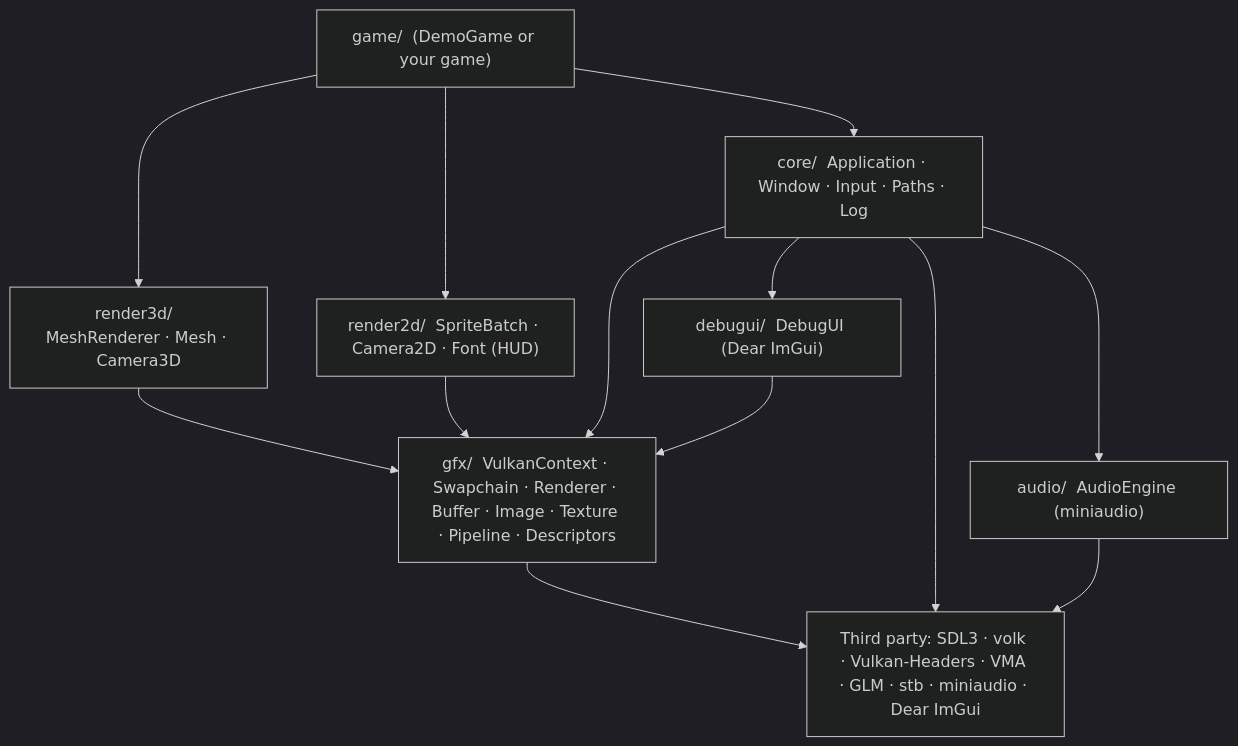
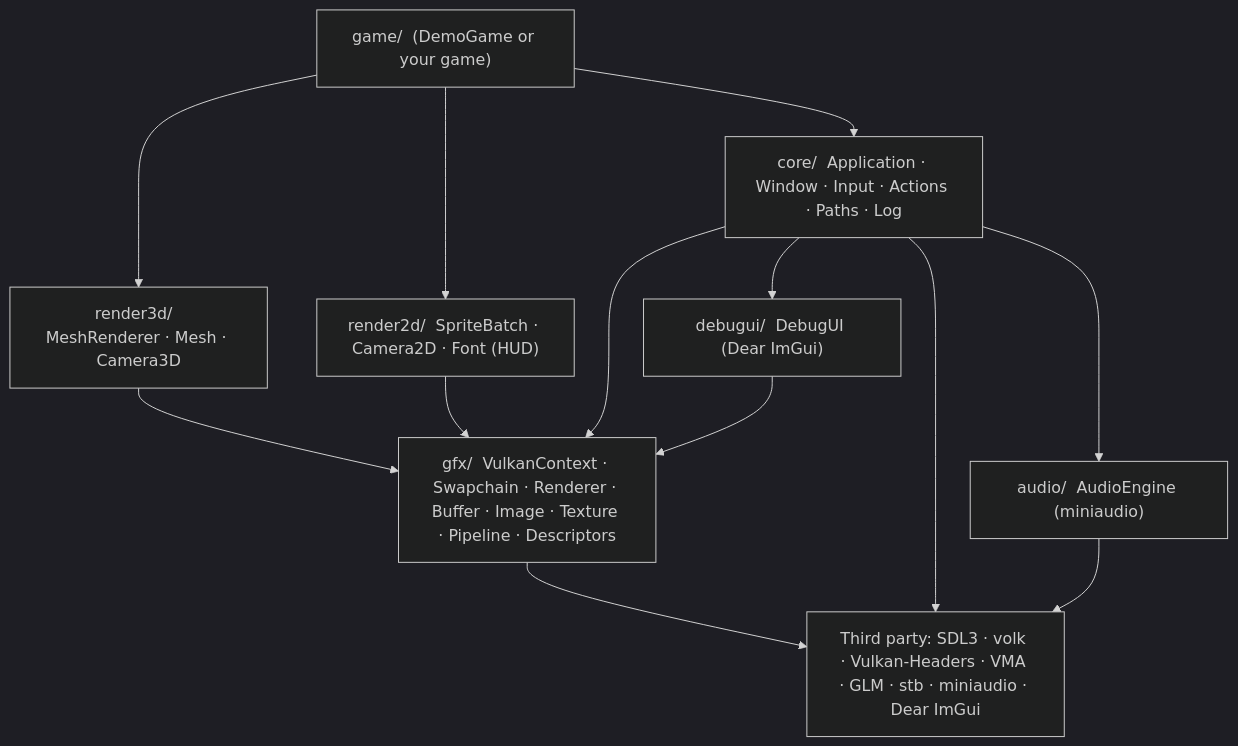
One commit to Chuck5ta/3DBaseFramework changed the first of 10 diagrams in docs/ARCHITECTURE.md. Above: the diagram before and after it, drawn with Mermaid (dark theme). The commit also changed other lines of this file and 7 other files, not shown here.

First line of the commit message:
Input actions implemented

````diff
--- a/docs/ARCHITECTURE.md
+++ b/docs/ARCHITECTURE.md
@@ -33,24 +33,24 @@
 ```mermaid
 flowchart TD
     game["game/  (DemoGame or your game)"]
     r3d["render3d/  MeshRenderer · Mesh · Camera3D"]
     r2d["render2d/  SpriteBatch · Camera2D · Font (HUD)"]
-    core["core/  Application · Window · Input · Paths · Log"]
+    core["core/  Application · Window · Input · Actions · Paths · Log"]
     aud["audio/  AudioEngine (miniaudio)"]
     dbg["debugui/  DebugUI (Dear ImGui)"]
     gfx["gfx/  VulkanContext · Swapchain · Renderer · Buffer · Image · Texture · Pipeline · Descriptors"]
     third["Third party: SDL3 · volk · Vulkan-Headers · VMA · GLM · stb · miniaudio · Dear ImGui"]
 
     game --> r3d
     game --> r2d
     game --> core
     r3d --> gfx
     r2d --> gfx
     core --> gfx
     core --> aud
     core --> dbg
     dbg --> gfx
     gfx --> third
     core --> third
     aud --> third
 ```
````
